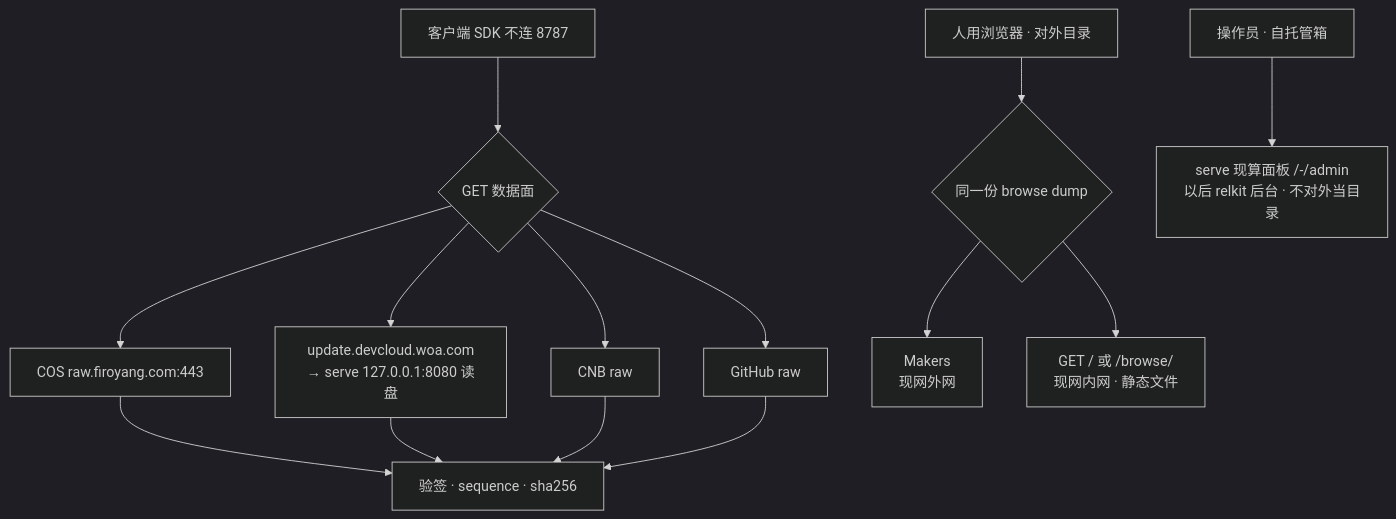
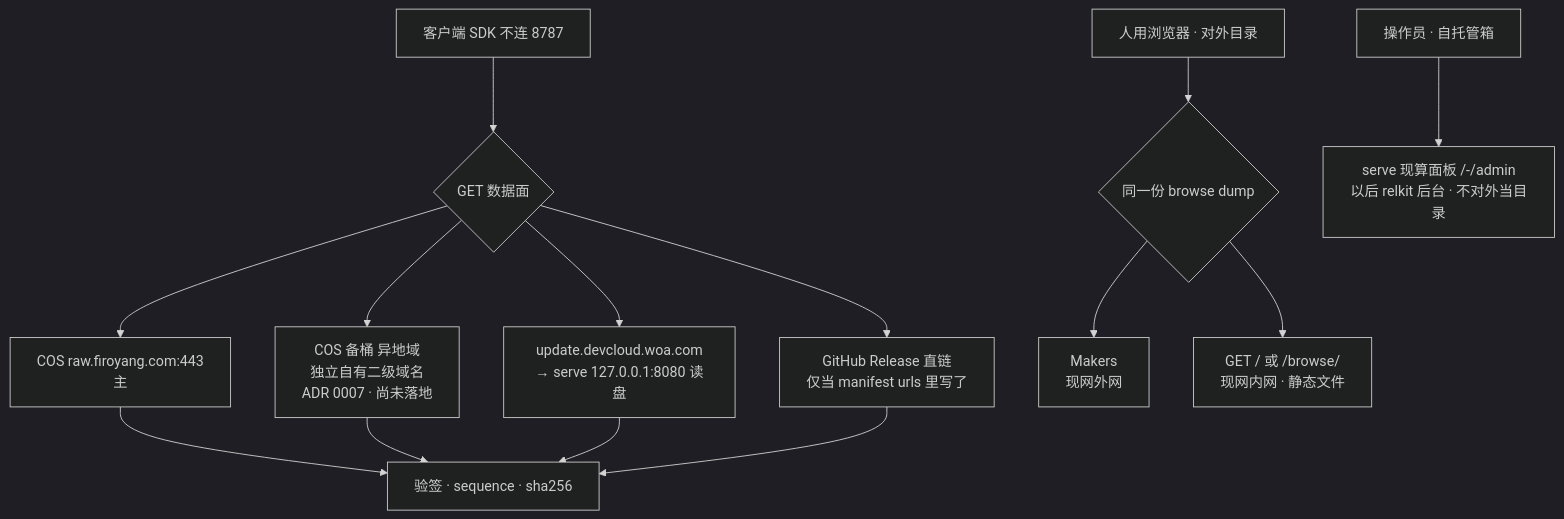
One commit to shichao402/relkit changed the second of 2 diagrams in docs/design/publish-topology.md. Above: the diagram before and after it, drawn with Mermaid (dark theme). The commit also changed other lines of this file and 33 other files, not shown here.

````diff
--- a/docs/design/publish-topology.md
+++ b/docs/design/publish-topology.md
@@ -87,18 +89,18 @@
 ```mermaid
 flowchart TB
   sdk["客户端 SDK 不连 8787"] --> get{"GET 数据面"}
-  get --> cosGet["COS raw.firoyang.com:443"]
+  get --> cosGet["COS raw.firoyang.com:443<br/>主"]
+  get --> cosBackup["COS 备桶 异地域<br/>独立自有二级域名<br/>ADR 0007 · 尚未落地"]
   get --> woaGet["update.devcloud.woa.com<br/>→ serve 127.0.0.1:8080 读盘"]
-  get --> cnbGet["CNB raw"]
-  get --> ghGet["GitHub raw"]
+  get --> relGet["GitHub Release 直链<br/>仅当 manifest urls 里写了"]
   cosGet --> verify["验签 · sequence · sha256"]
+  cosBackup --> verify
   woaGet --> verify
-  cnbGet --> verify
-  ghGet --> verify
+  relGet --> verify
 
   human["人用浏览器 · 对外目录"] --> site{"同一份 browse dump"}
   site --> makersGet["Makers<br/>现网外网"]
   site --> pages["GET / 或 /browse/<br/>现网内网 · 静态文件"]
 
   ops["操作员 · 自托管箱"] --> panel["serve 现算面板 /-/admin<br/>以后 relkit 后台 · 不对外当目录"]
 ```
````
